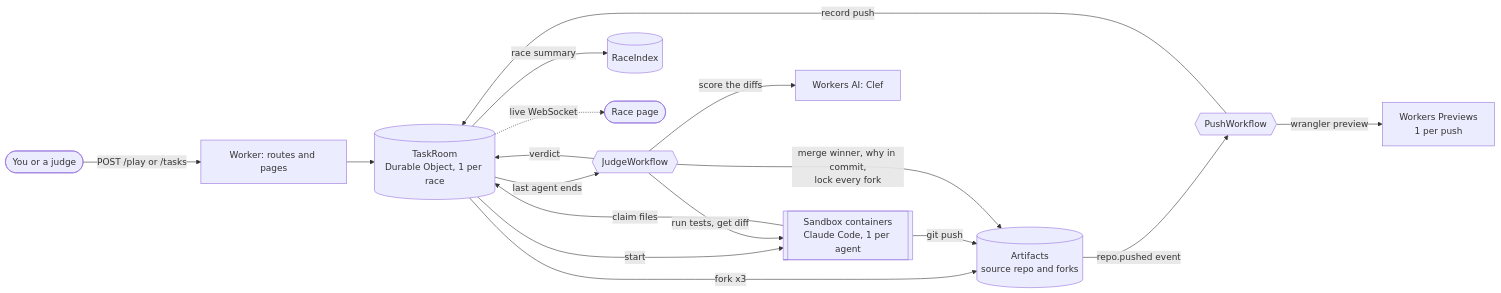
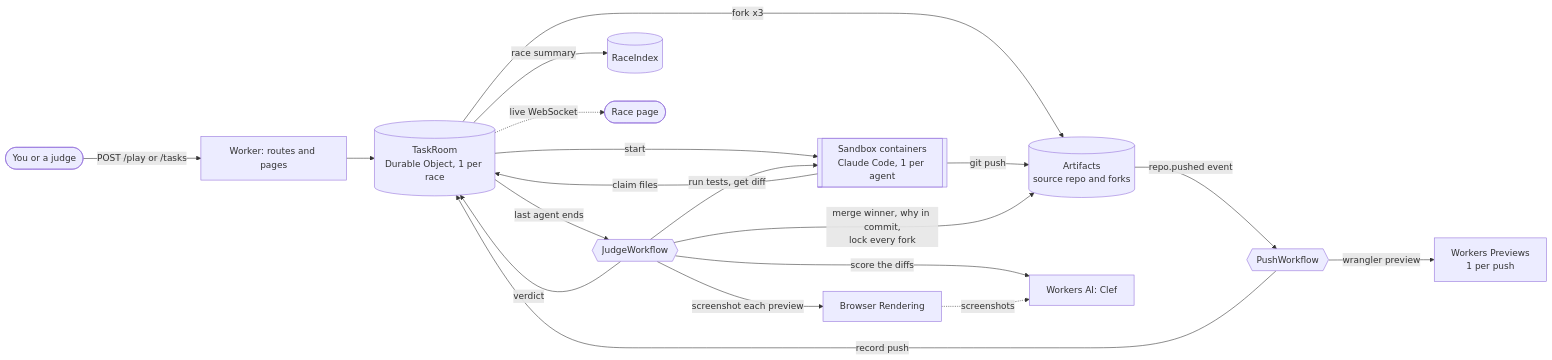
The diagram in README.md (wonbyte/thunderdome), drawn with Mermaid before and after one commit. The commit also changed other lines of this file and 13 other files, not shown here.

First line of the commit message:
Judge: score how each fork's preview looks when the task is visual

````diff
--- a/README.md
+++ b/README.md
@@ -20,19 +20,21 @@
 ```mermaid
 flowchart LR
   U([You or a judge]) -->|"POST /play or /tasks"| W[Worker: routes and pages]
   W --> TR[(TaskRoom<br/>Durable Object, 1 per race)]
   TR -->|"fork x3"| AF[(Artifacts<br/>source repo and forks)]
   TR -->|"start"| SB[[Sandbox containers<br/>Claude Code, 1 per agent]]
   SB -->|"claim files"| TR
   SB -->|"git push"| AF
   AF -->|"repo.pushed event"| PW{{PushWorkflow}}
   PW -->|"record push"| TR
   PW -->|"wrangler preview"| PV[Workers Previews<br/>1 per push]
   TR -->|"last agent ends"| JW{{JudgeWorkflow}}
   JW -->|"run tests, get diff"| SB
   JW -->|"score the diffs"| AI[Workers AI: Clef]
+  JW -->|"screenshot each preview"| BR[Browser Rendering]
+  BR -.->|"screenshots"| AI
   JW -->|"merge winner, why in commit,<br/>lock every fork"| AF
   JW -->|"verdict"| TR
   TR -->|"race summary"| RI[(RaceIndex)]
   TR -.->|"live WebSocket"| UI([Race page])
 ```
````
